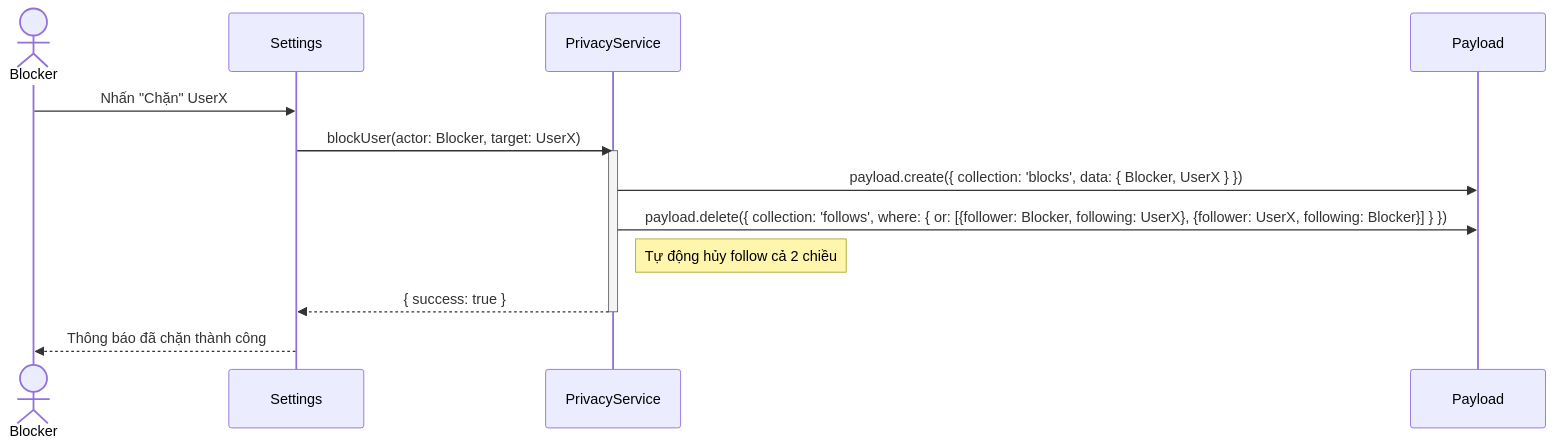
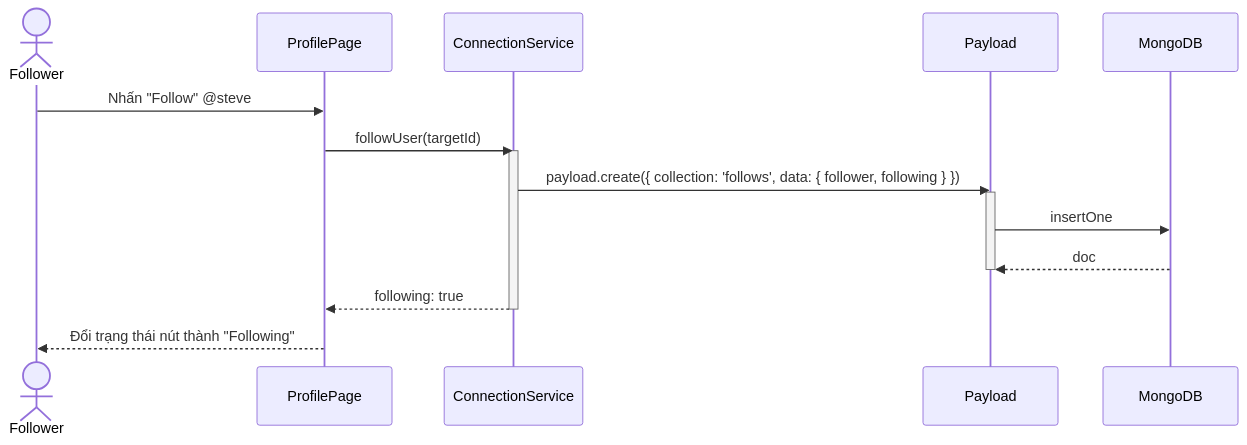
Before and after one commit to vuthuonghai-steve/KLTN-By_Thuong_Hai-Steve: the second of 2 diagrams in Docs/life-2/diagrams/sequence-diagrams/detailed-m4-engagement.md, drawn with Mermaid. The commit also changed other lines of this file and 29 other files, not shown here.

````diff
--- a/Docs/life-2/diagrams/sequence-diagrams/detailed-m4-engagement.md
+++ b/Docs/life-2/diagrams/sequence-diagrams/detailed-m4-engagement.md
@@ -83,20 +35,22 @@
 ```mermaid
 sequenceDiagram
-    actor Blocker
-    participant UI as Settings
-    participant Service as PrivacyService
+    actor Follower
+    participant UI as ProfilePage
+    participant Service as ConnectionService
     participant Payload
+    participant DB as MongoDB
 
-    Blocker->>UI: Nhấn "Chặn" UserX
-    UI->>Service: blockUser(actor: Blocker, target: UserX)
+    Follower->>UI: Nhấn "Follow" @steve
+    UI->>Service: followUser(targetId)
     activate Service
-    
-    Service->>Payload: payload.create({ collection: 'blocks', data: { Blocker, UserX } })
-    
-    Service->>Payload: payload.delete({ collection: 'follows', where: { or: [{follower: Blocker, following: UserX}, {follower: UserX, following: Blocker}] } })
-    Note right of Service: Tự động hủy follow cả 2 chiều
-    
-    Service-->>UI: { success: true }
+
+    Service->>Payload: payload.create({ collection: 'follows', data: { follower, following } })
+    activate Payload
+    Payload->>DB: insertOne
+    DB-->>Payload: doc
+    deactivate Payload
+
+    Service-->>UI: following: true
     deactivate Service
-    UI-->>Blocker: Thông báo đã chặn thành công
+    UI-->>Follower: Đổi trạng thái nút thành "Following"
 ```
````
